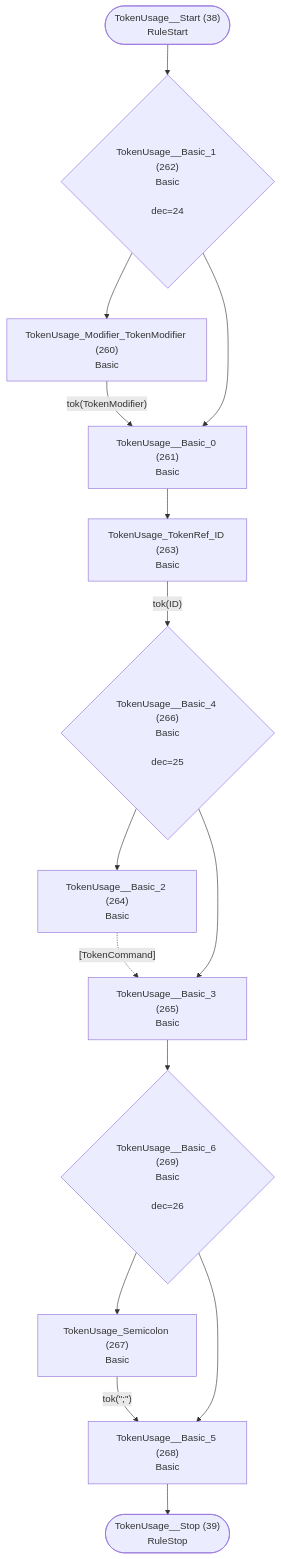
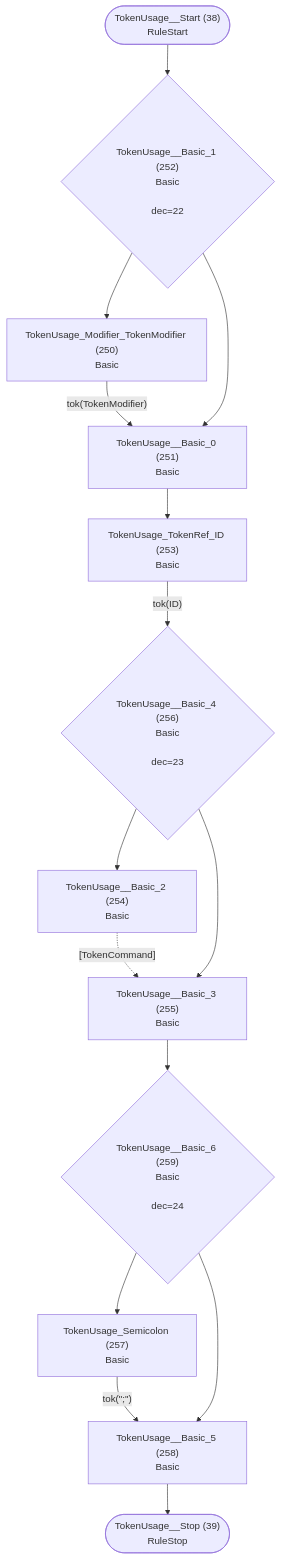
One commit to TypeFox/fastbelt changed diagram 20 of 40 in internal/grammar/atn.md. Above: the diagram before and after it, drawn with Mermaid. The commit also changed other lines of this file and 145 other files, not shown here.

````diff
--- a/internal/grammar/atn.md
+++ b/internal/grammar/atn.md
@@ -592,30 +570,30 @@
 ```mermaid
 flowchart TD
     q38(["TokenUsage__Start (38)<br/>RuleStart"])
     q39(["TokenUsage__Stop (39)<br/>RuleStop"])
-    q260["TokenUsage_Modifier_TokenModifier (260)<br/>Basic<br/>"]
-    q261["TokenUsage__Basic_0 (261)<br/>Basic<br/>"]
-    q262{"TokenUsage__Basic_1 (262)<br/>Basic<br/><br/>dec=24"}
-    q263["TokenUsage_TokenRef_ID (263)<br/>Basic<br/>"]
-    q264["TokenUsage__Basic_2 (264)<br/>Basic<br/>"]
-    q265["TokenUsage__Basic_3 (265)<br/>Basic<br/>"]
-    q266{"TokenUsage__Basic_4 (266)<br/>Basic<br/><br/>dec=25"}
-    q267["TokenUsage_Semicolon (267)<br/>Basic<br/>"]
-    q268["TokenUsage__Basic_5 (268)<br/>Basic<br/>"]
-    q269{"TokenUsage__Basic_6 (269)<br/>Basic<br/><br/>dec=26"}
+    q250["TokenUsage_Modifier_TokenModifier (250)<br/>Basic<br/>"]
+    q251["TokenUsage__Basic_0 (251)<br/>Basic<br/>"]
+    q252{"TokenUsage__Basic_1 (252)<br/>Basic<br/><br/>dec=22"}
+    q253["TokenUsage_TokenRef_ID (253)<br/>Basic<br/>"]
+    q254["TokenUsage__Basic_2 (254)<br/>Basic<br/>"]
+    q255["TokenUsage__Basic_3 (255)<br/>Basic<br/>"]
+    q256{"TokenUsage__Basic_4 (256)<br/>Basic<br/><br/>dec=23"}
+    q257["TokenUsage_Semicolon (257)<br/>Basic<br/>"]
+    q258["TokenUsage__Basic_5 (258)<br/>Basic<br/>"]
+    q259{"TokenUsage__Basic_6 (259)<br/>Basic<br/><br/>dec=24"}
 
-    q38 --> q262
-    q260 -->|"tok(TokenModifier)"| q261
-    q261 --> q263
-    q262 --> q260
-    q262 --> q261
-    q263 -->|"tok(ID)"| q266
-    q264 -.->|"[TokenCommand]"| q265
-    q265 --> q269
-    q266 --> q264
-    q266 --> q265
-    q267 -->|"tok(&quot;;&quot;)"| q268
-    q268 --> q39
-    q269 --> q267
-    q269 --> q268
+    q38 --> q252
+    q250 -->|"tok(TokenModifier)"| q251
+    q251 --> q253
+    q252 --> q250
+    q252 --> q251
+    q253 -->|"tok(ID)"| q256
+    q254 -.->|"[TokenCommand]"| q255
+    q255 --> q259
+    q256 --> q254
+    q256 --> q255
+    q257 -->|"tok(&quot;;&quot;)"| q258
+    q258 --> q39
+    q259 --> q257
+    q259 --> q258
 ```
````
